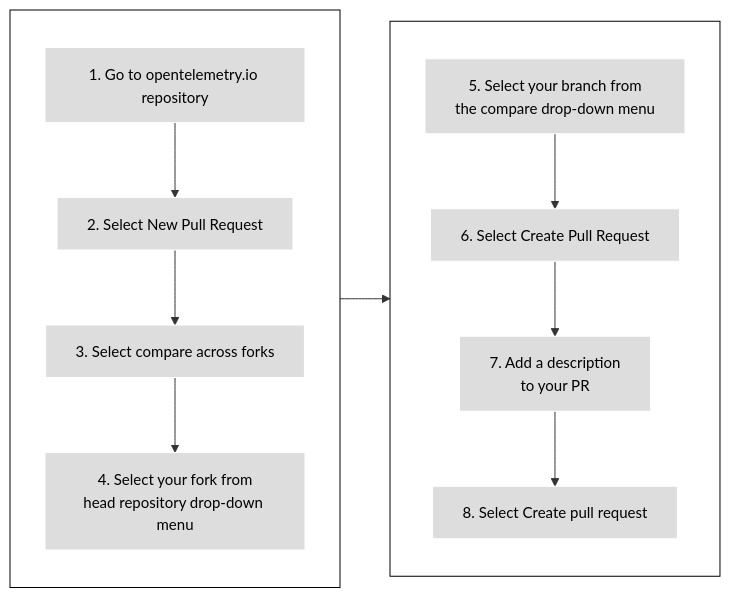
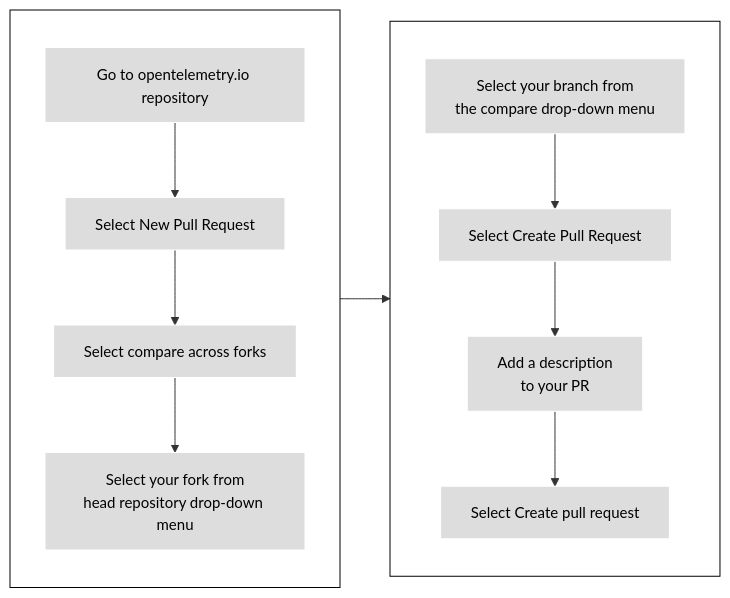
One commit to open-telemetry/opentelemetry.io changed the fourth of 4 diagrams in content/en/docs/contributing/pull-requests.md. Above: the diagram before and after it, drawn with Mermaid. The commit also changed other lines of this file, not shown here.

Commit message:
fix: :bug: remove markdown list enumerator to display content in mermaid chart

````diff
--- a/content/en/docs/contributing/pull-requests.md
+++ b/content/en/docs/contributing/pull-requests.md
@@ -288,22 +288,22 @@
 ```mermaid
 flowchart LR
 subgraph first[ ]
 direction TB
-1[1. Go to opentelemetry.io repository] --> 2[2. Select New Pull Request]
-2 --> 3[3. Select compare across forks]
-3 --> 4[4. Select your fork from<br>head repository drop-down menu]
+1[Go to opentelemetry.io repository] --> 2[Select New Pull Request]
+2 --> 3[Select compare across forks]
+3 --> 4[Select your fork from<br>head repository drop-down menu]
 end
 subgraph second [ ]
 direction TB
-5[5. Select your branch from<br>the compare drop-down menu] --> 6[6. Select Create Pull Request]
-6 --> 7[7. Add a description<br>to your PR]
-7 --> 8[8. Select Create pull request]
+5[Select your branch from<br>the compare drop-down menu] --> 6[Select Create Pull Request]
+6 --> 7[Add a description<br>to your PR]
+7 --> 8[Select Create pull request]
 end
 
 first --> second
 
 classDef grey fill:#dddddd,stroke:#ffffff,stroke-width:px,color:#000000, font-size:15px;
 classDef white fill:#ffffff,stroke:#000,stroke-width:px,color:#000,font-weight:bold
 class 1,2,3,4,5,6,7,8 grey
 class first,second white
 ```
````
